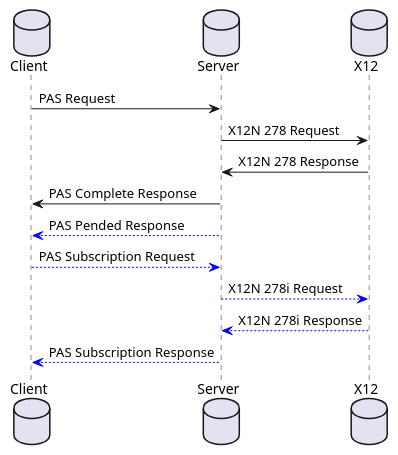
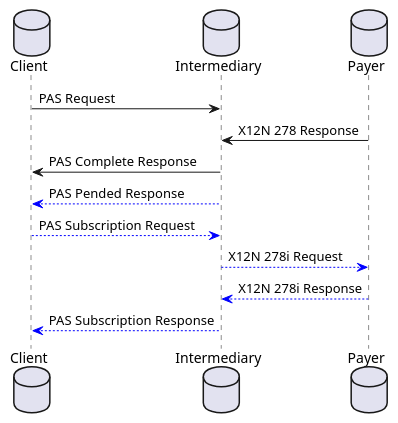
One commit to HL7/davinci-pas changed the diagram in input/images-source/pas_sequence_diagram.plantuml. Above: the diagram before and after it, drawn with PlantUML. The commit also changed 1 other file, not shown here.

```diff
--- a/input/images-source/pas_sequence_diagram.plantuml
+++ b/input/images-source/pas_sequence_diagram.plantuml
@@ -1,14 +1,13 @@
 @startuml
 database Client
-database Server
-database X12
-Client -> Server : PAS Request
-Server -> X12 : X12N 278 Request
-X12 -> Server : X12N 278 Response
-Server -> Client : PAS Complete Response
-Server -[#0000FF]-> Client : PAS Pended Response
-Client -[#0000FF]-> Server : PAS Subscription Request
-Server -[#0000FF]-> X12 : X12N 278i Request
-X12 -[#0000FF]-> Server : X12N 278i Response
-Server -[#0000FF]-> Client : PAS Subscription Response
+database Intermediary
+database Payer
+Client -> Intermediary : PAS Request
+Payer -> Intermediary : X12N 278 Response
+Intermediary -> Client : PAS Complete Response
+Intermediary -[#0000FF]-> Client : PAS Pended Response
+Client -[#0000FF]-> Intermediary : PAS Subscription Request
+Intermediary -[#0000FF]-> Payer : X12N 278i Request
+Payer -[#0000FF]-> Intermediary : X12N 278i Response
+Intermediary -[#0000FF]-> Client : PAS Subscription Response
 @enduml
```
